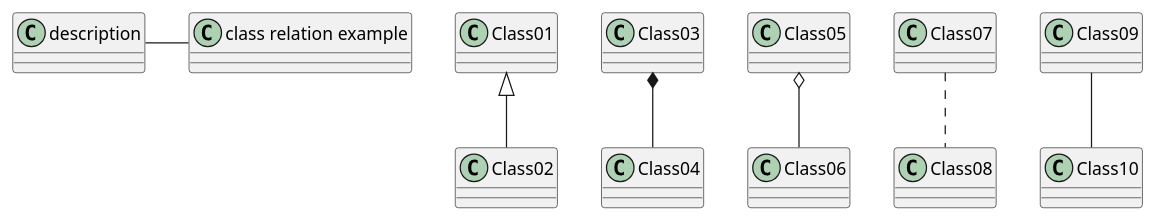
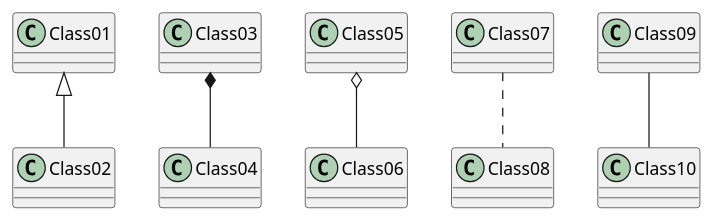
One commit to sogeuni/_wiki changed the first of 38 diagrams in PlantUML/클래스-다이어그램.md. Above: the diagram before and after it, drawn with PlantUML. The commit also changed other lines of this file, not shown here.

Commit message:
Updated 클래스 다이어그램 (markdown)

```diff
--- a/PlantUML/클래스-다이어그램.md
+++ b/PlantUML/클래스-다이어그램.md
@@ -25,8 +25,7 @@
 @startuml
-description - "class relation example"
 Class01 <|-- Class02
 Class03 *-- Class04
 Class05 o-- Class06
 Class07 .. Class08
 Class09 -- Class10
 @enduml
```
